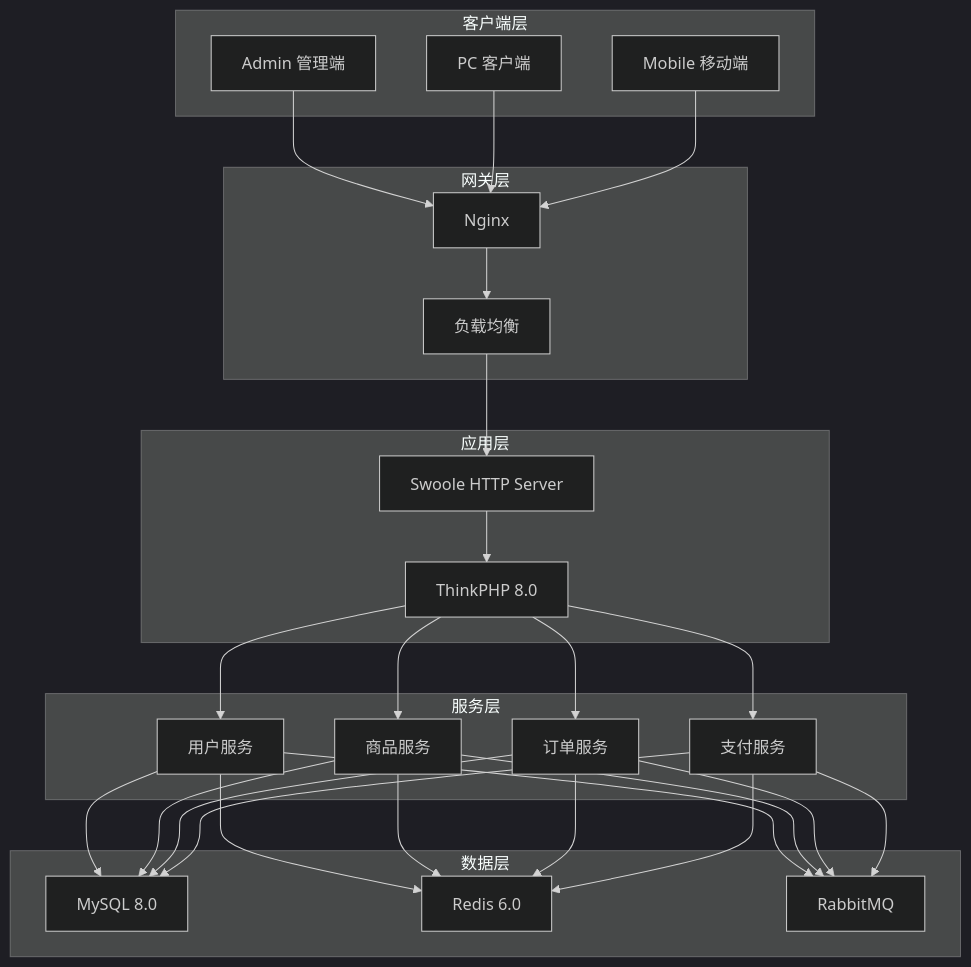
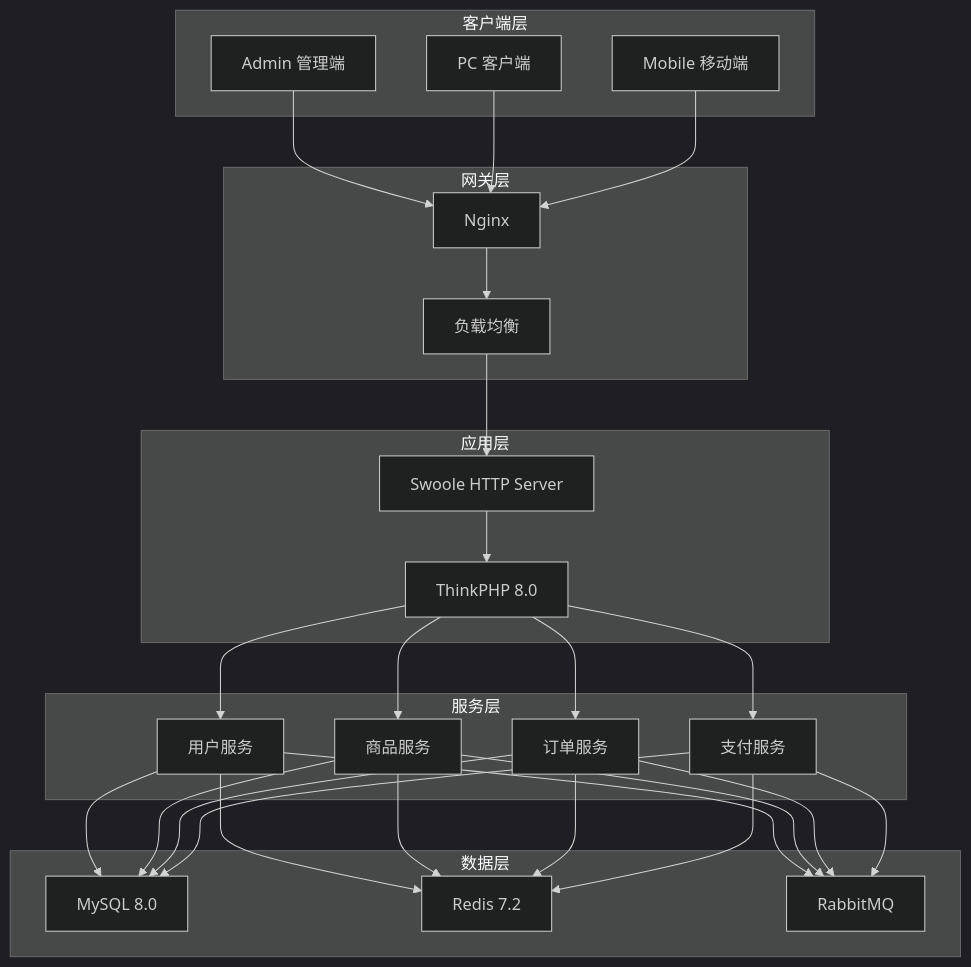
The diagram in design/07-integration-ops/30-project-summary.md (Bensonlam168/AlkaidSYS-tp), drawn with Mermaid (dark theme) before and after one commit. The commit also changed other lines of this file and 48 other files, not shown here.

````diff
--- a/design/07-integration-ops/30-project-summary.md
+++ b/design/07-integration-ops/30-project-summary.md
@@ -30,38 +30,38 @@
 ```mermaid
 graph TB
     subgraph "客户端层"
         A[Admin 管理端]
         B[PC 客户端]
         C[Mobile 移动端]
     end
 
     subgraph "网关层"
         D[Nginx]
         E[负载均衡]
     end
 
     subgraph "应用层"
         F[Swoole HTTP Server]
         G[ThinkPHP 8.0]
     end
 
     subgraph "服务层"
         H[用户服务]
         I[商品服务]
         J[订单服务]
         K[支付服务]
     end
 
     subgraph "数据层"
         L[MySQL 8.0]
-        M[Redis 6.0]
+        M[Redis 7.2]
         N[RabbitMQ]
     end
 
     A & B & C --> D
     D --> E
     E --> F
     F --> G
     G --> H & I & J & K
     H & I & J & K --> L & M & N
 ```
````
